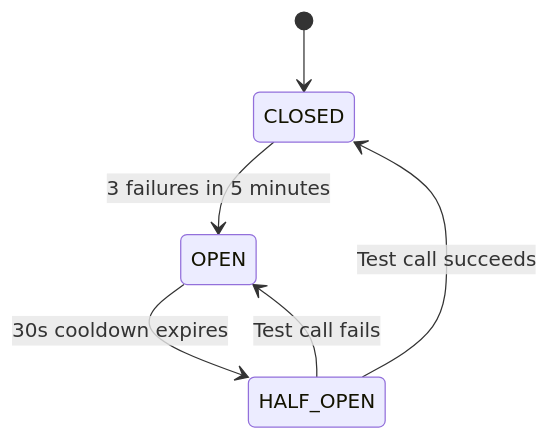
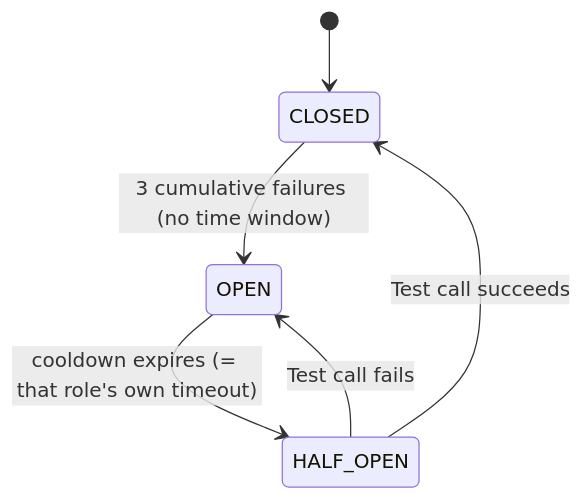
The fifth of 7 diagrams in docs/core/LLM.md (brunogcar/agent), drawn with Mermaid before and after one commit. The commit also changed other lines of this file and 12 other files, not shown here.

````diff
--- a/docs/core/LLM.md
+++ b/docs/core/LLM.md
@@ -307,8 +294,8 @@
 ```mermaid
 stateDiagram-v2
     [*] --> CLOSED
-    CLOSED --> OPEN: 3 failures in 5 minutes
-    OPEN --> HALF_OPEN: 30s cooldown expires
+    CLOSED --> OPEN: 3 cumulative failures (no time window)
+    OPEN --> HALF_OPEN: cooldown expires (= that role's own timeout)
     HALF_OPEN --> CLOSED: Test call succeeds
     HALF_OPEN --> OPEN: Test call fails
 ```
````
